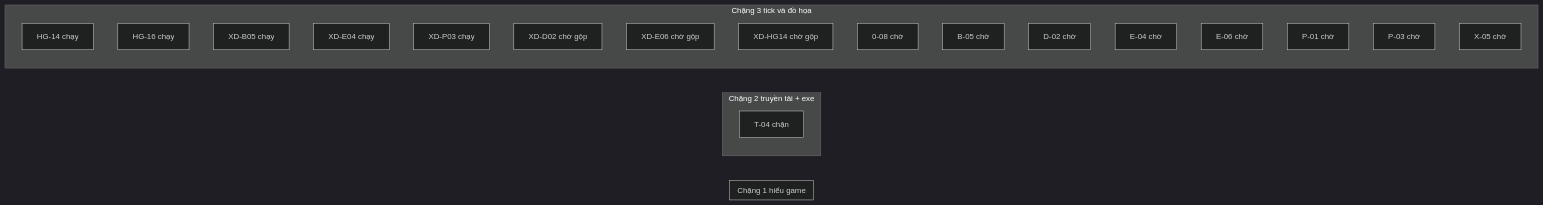
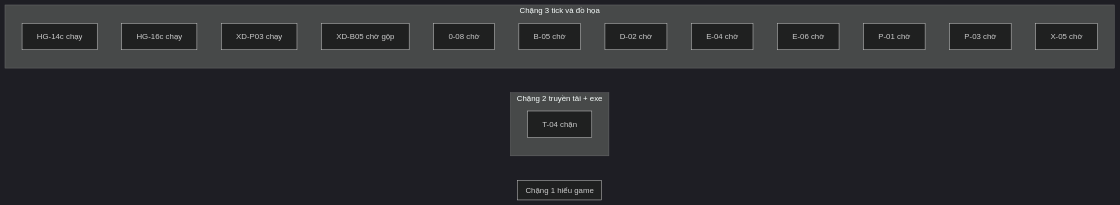
One commit to ndtangoss-dev/jx1-reports changed the diagram in JX1_OPS/STATE/TIEN-DO.md. Above: the diagram before and after it, drawn with Mermaid (dark theme). The commit also changed other lines of this file and 4 other files, not shown here.

````diff
--- a/JX1_OPS/STATE/TIEN-DO.md
+++ b/JX1_OPS/STATE/TIEN-DO.md
@@ -9,26 +9,22 @@
 ```mermaid
 flowchart LR
   subgraph S1["Chặng 1 hiểu game"]
   end
   subgraph S2["Chặng 2 truyền tải + exe"]
     T_04["T-04 chặn"]
   end
   subgraph S3["Chặng 3 tick và đồ họa"]
-    HG_14["HG-14 chạy"]
-    HG_16["HG-16 chạy"]
-    XD_B05["XD-B05 chạy"]
-    XD_E04["XD-E04 chạy"]
+    HG_14c["HG-14c chạy"]
+    HG_16c["HG-16c chạy"]
     XD_P03["XD-P03 chạy"]
-    XD_D02["XD-D02 chờ gộp"]
-    XD_E06["XD-E06 chờ gộp"]
-    XD_HG14["XD-HG14 chờ gộp"]
+    XD_B05["XD-B05 chờ gộp"]
     0_08["0-08 chờ"]
     B_05["B-05 chờ"]
     D_02["D-02 chờ"]
     E_04["E-04 chờ"]
     E_06["E-06 chờ"]
     P_01["P-01 chờ"]
     P_03["P-03 chờ"]
     X_05["X-05 chờ"]
   end
 ```
````
